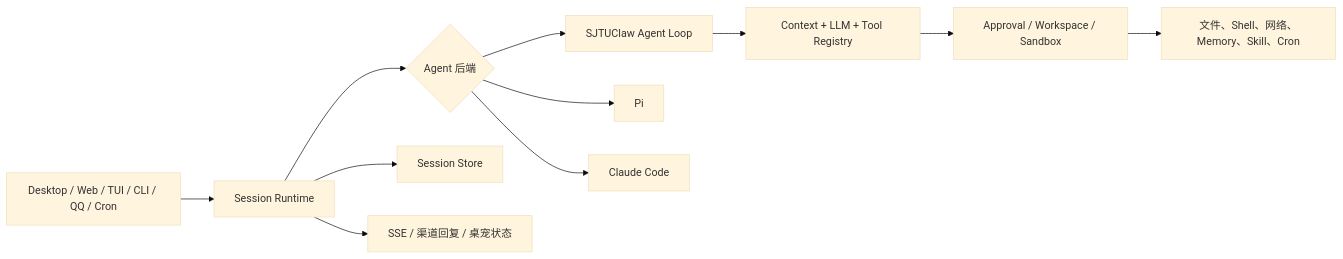
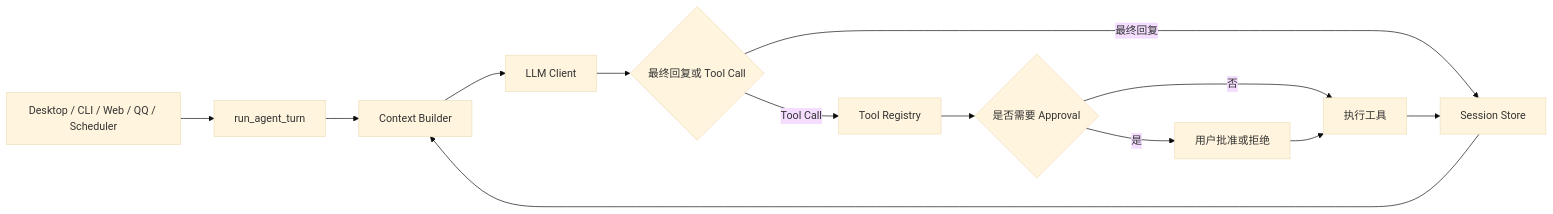
Before and after one commit to DOGOGOD/SJTUClaw: the diagram in 中期报告.md, drawn with Mermaid (base theme). The commit also changed other lines of this file and 5 other files, not shown here.

````diff
--- a/中期报告.md
+++ b/中期报告.md
@@ -28,13 +66,15 @@
 ```mermaid
 flowchart LR
-    A["Desktop / Web / TUI / CLI / QQ / Cron"] --> B["Session Runtime"]
-    B --> C{"Agent 后端"}
-    C --> D["SJTUClaw Agent Loop"]
-    C --> E["Pi"]
-    C --> F["Claude Code"]
-    D --> G["Context + LLM + Tool Registry"]
-    G --> H["Approval / Workspace / Sandbox"]
-    H --> I["文件、Shell、网络、Memory、Skill、Cron"]
-    B --> J["Session Store"]
-    B --> K["SSE / 渠道回复 / 桌宠状态"]
+    A["Desktop / CLI / Web / QQ / Scheduler"] --> B["run_agent_turn"]
+    B --> C["Context Builder"]
+    C --> D["LLM Client"]
+    D --> E{"最终回复或 Tool Call"}
+    E -->|最终回复| F["Session Store"]
+    E -->|Tool Call| G["Tool Registry"]
+    G --> H{"是否需要 Approval"}
+    H -->|是| I["用户批准或拒绝"]
+    H -->|否| J["执行工具"]
+    I --> J
+    J --> F
+    F --> C
 ```
````
